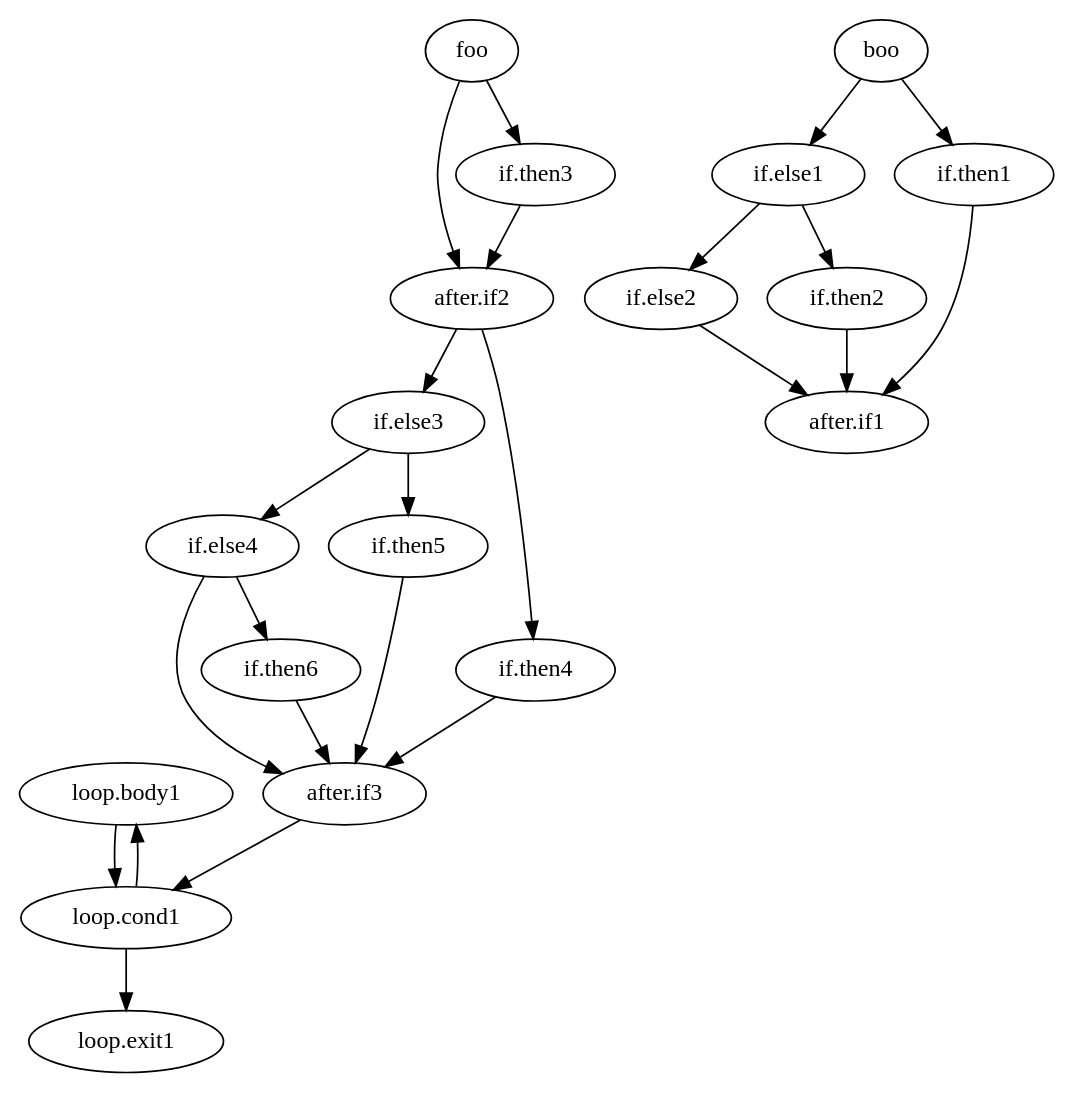
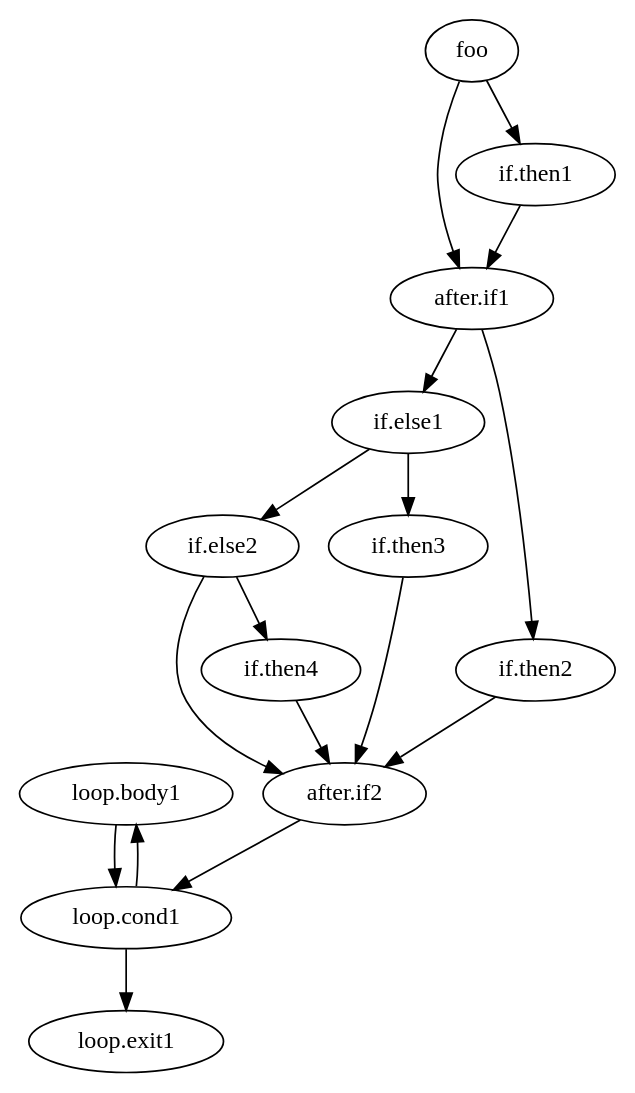
One commit to lisova-io/peng changed the diagram in program.dot. Above: the diagram before and after it, drawn with Graphviz. The commit also changed 7 other files, not shown here.

```diff
--- a/program.dot
+++ b/program.dot
@@ -1,26 +1,19 @@
 digraph program {
     "loop.body1" -> "loop.cond1"
     "loop.cond1" -> "loop.exit1"
     "loop.cond1" -> "loop.body1"
-    "after.if3" -> "loop.cond1"
-    "if.then6" -> "after.if3"
-    "if.else4" -> "after.if3"
-    "if.else4" -> "if.then6"
-    "if.then5" -> "after.if3"
-    "if.else3" -> "if.else4"
-    "if.else3" -> "if.then5"
-    "if.then4" -> "after.if3"
-    "after.if2" -> "if.else3"
-    "after.if2" -> "if.then4"
+    "after.if2" -> "loop.cond1"
+    "if.then4" -> "after.if2"
+    "if.else2" -> "after.if2"
+    "if.else2" -> "if.then4"
     "if.then3" -> "after.if2"
-    "foo" -> "after.if2"
-    "foo" -> "if.then3"
-    "if.else2" -> "after.if1"
-    "if.then2" -> "after.if1"
     "if.else1" -> "if.else2"
-    "if.else1" -> "if.then2"
+    "if.else1" -> "if.then3"
+    "if.then2" -> "after.if2"
+    "after.if1" -> "if.else1"
+    "after.if1" -> "if.then2"
     "if.then1" -> "after.if1"
-    "boo" -> "if.else1"
-    "boo" -> "if.then1"
+    "foo" -> "after.if1"
+    "foo" -> "if.then1"
     
 }
```
